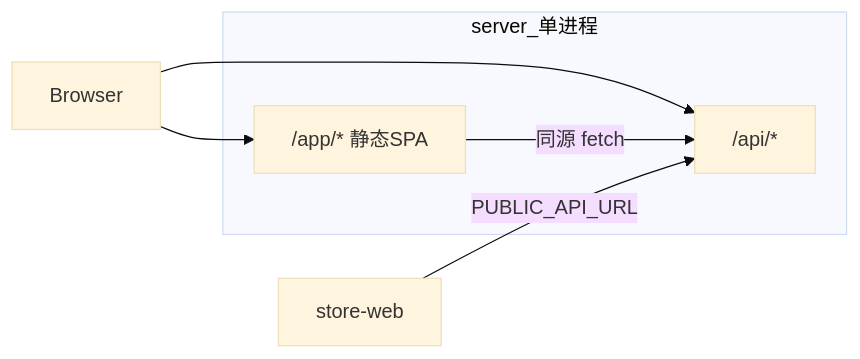
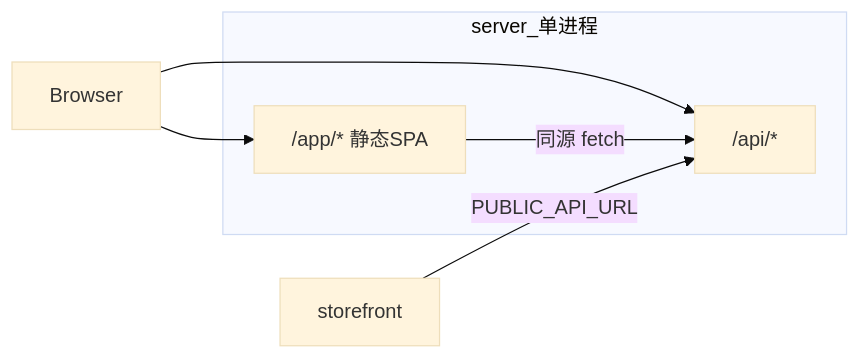
One commit to creatwang/yn_store changed the diagram in docs/08-target-architecture.mdx. Above: the diagram before and after it, drawn with Mermaid (base theme). The commit also changed other lines of this file and 24 other files, not shown here.

````diff
--- a/docs/08-target-architecture.mdx
+++ b/docs/08-target-architecture.mdx
@@ -11,11 +11,11 @@
 ```mermaid
 flowchart LR
   subgraph port9000 [server_单进程]
     API["/api/*"]
     UI["/app/* 静态SPA"]
   end
   Browser --> API
   Browser --> UI
   UI -->|同源 fetch| API
-  Store[store-web] -->|PUBLIC_API_URL| API
+  Store[storefront] -->|PUBLIC_API_URL| API
 ```
````
